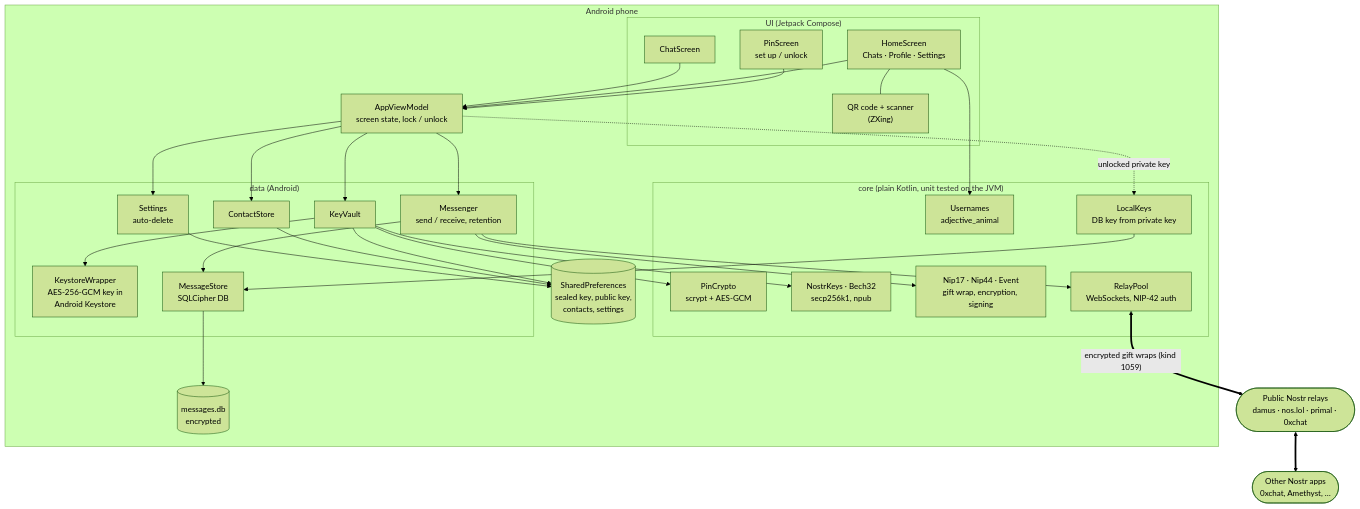
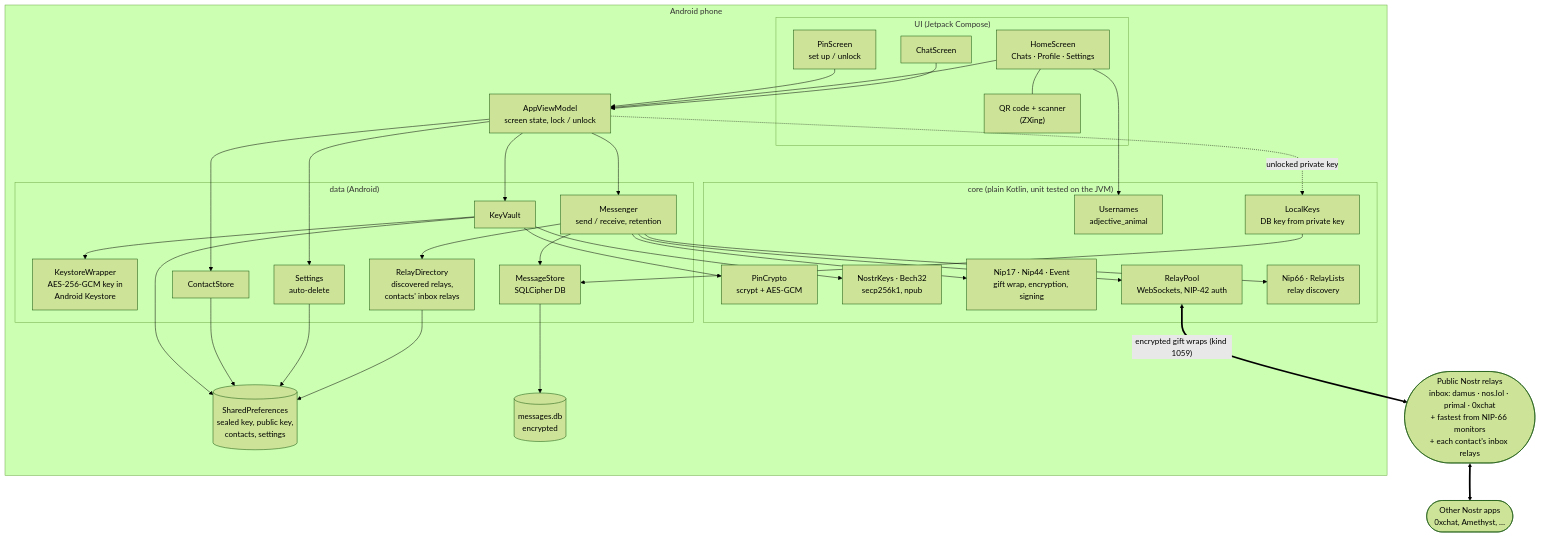
One commit to pbrajesh/nostro-chat changed the first of 3 diagrams in docs/ARCHITECTURE.md. Above: the diagram before and after it, drawn with Mermaid (forest theme). The commit also changed other lines of this file and 8 other files, not shown here.

First line of the commit message:
Discover relays, deliver to contacts' inboxes, read messages only from the DB

````diff
--- a/docs/ARCHITECTURE.md
+++ b/docs/ARCHITECTURE.md
@@ -6,61 +6,66 @@
 ```mermaid
 flowchart TB
     subgraph phone["Android phone"]
         subgraph ui["UI (Jetpack Compose)"]
             pin["PinScreen<br/>set up / unlock"]
             home["HomeScreen<br/>Chats · Profile · Settings"]
             chat["ChatScreen"]
             qr["QR code + scanner<br/>(ZXing)"]
         end
 
         vm["AppViewModel<br/>screen state, lock / unlock"]
 
         subgraph data["data (Android)"]
             vault["KeyVault"]
             ks["KeystoreWrapper<br/>AES-256-GCM key in<br/>Android Keystore"]
             messenger["Messenger<br/>send / receive, retention"]
             store["MessageStore<br/>SQLCipher DB"]
             contacts["ContactStore"]
             settings["Settings<br/>auto-delete"]
+            reldir["RelayDirectory<br/>discovered relays,<br/>contacts' inbox relays"]
         end
 
         subgraph core["core (plain Kotlin, unit tested on the JVM)"]
             pincrypto["PinCrypto<br/>scrypt + AES-GCM"]
             keys["NostrKeys · Bech32<br/>secp256k1, npub"]
             names["Usernames<br/>adjective_animal"]
             nip17["Nip17 · Nip44 · Event<br/>gift wrap, encryption, signing"]
             pool["RelayPool<br/>WebSockets, NIP-42 auth"]
+            nip66["Nip66 · RelayLists<br/>relay discovery"]
             dbkey["LocalKeys<br/>DB key from private key"]
         end
 
         prefs[("SharedPreferences<br/>sealed key, public key,<br/>contacts, settings")]
         dbfile[("messages.db<br/>encrypted")]
     end
 
-    relays(["Public Nostr relays<br/>damus · nos.lol · primal · 0xchat"])
+    relays(["Public Nostr relays<br/>inbox: damus · nos.lol · primal · 0xchat<br/>+ fastest from NIP-66 monitors<br/>+ each contact's inbox relays"])
     others(["Other Nostr apps<br/>0xchat, Amethyst, …"])
 
     pin --> vm
     home --> vm
     chat --> vm
     home --- qr
     vm --> vault
     vm --> messenger
     vm --> contacts
     vm --> settings
     vault --> pincrypto
     vault --> ks
     vault --> keys
     vault --> prefs
     contacts --> prefs
     settings --> prefs
     vm -. "unlocked private key" .-> dbkey
     dbkey --> store
     messenger --> store
     store --> dbfile
     messenger --> nip17
     messenger --> pool
+    messenger --> nip66
+    messenger --> reldir
+    reldir --> prefs
     home --> names
     pool <== "encrypted gift wraps (kind 1059)" ==> relays
     relays <==> others
 ```
````
